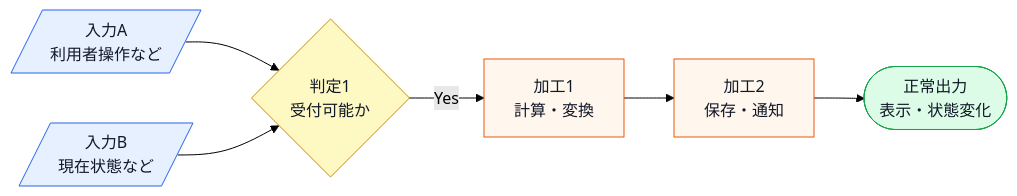
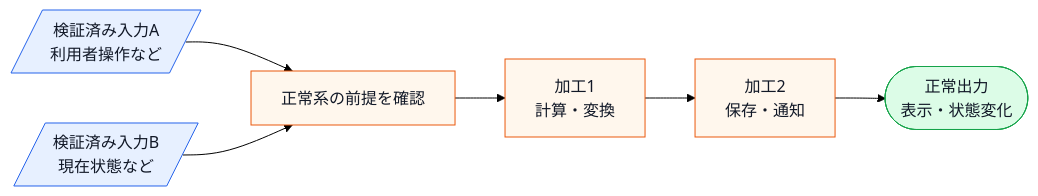
Before and after one commit to kumachan1101-pixel/DesignPattern: the first of 2 diagrams in kindle/design-patterns/templates/chapter-template.md, drawn with Mermaid (forest theme). The commit also changed other lines of this file and 20 other files, not shown here.

````diff
--- a/kindle/design-patterns/templates/chapter-template.md
+++ b/kindle/design-patterns/templates/chapter-template.md
@@ -211,13 +211,13 @@
 ```mermaid
 flowchart LR
-    A[/入力A<br>利用者操作など/]:::input --> B{判定1<br>受付可能か}:::decision
-    C[/入力B<br>現在状態など/]:::input --> B
-    B -->|Yes| D[加工1<br>計算・変換]:::process
+    A[/検証済み入力A<br>利用者操作など/]:::input --> B[正常系の前提を確認]:::process
+    C[/検証済み入力B<br>現在状態など/]:::input --> B
+    B --> D[加工1<br>計算・変換]:::process
     D --> E[加工2<br>保存・通知]:::process
     E --> F([正常出力<br>表示・状態変化]):::normal
 
     classDef input fill:#e7f0ff,stroke:#2563eb,color:#111827;
     classDef process fill:#fff7ed,stroke:#ea580c,color:#111827;
     classDef decision fill:#fef9c3,stroke:#ca8a04,color:#111827;
     classDef normal fill:#dcfce7,stroke:#16a34a,color:#111827;
 ```
````
